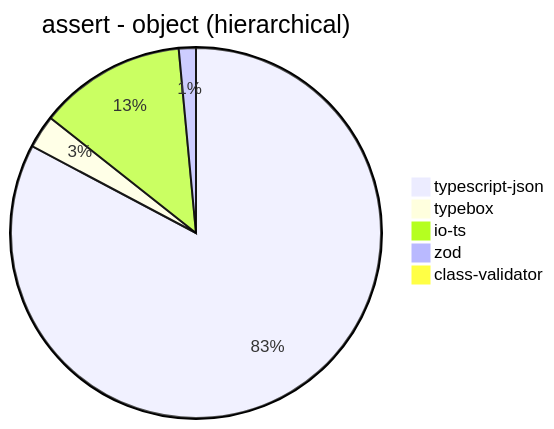
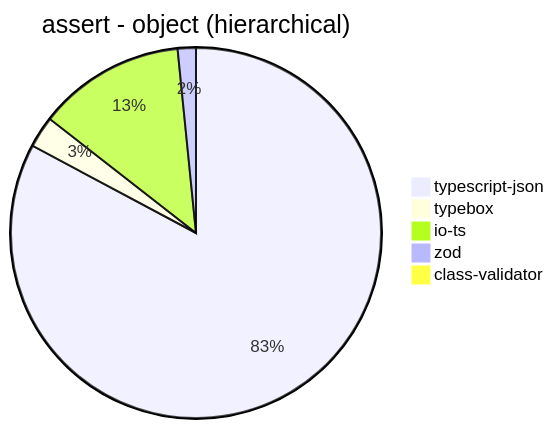
The ninth of 38 diagrams in benchmark/results/11th Gen Intel(R) Core(TM) i5-1135G7 @ 2.40GHz.md (samchon/typia), drawn with Mermaid before and after one commit. The commit also changed other lines of this file and 364 other files, not shown here.

````diff
--- a/benchmark/results/11th Gen Intel(R) Core(TM) i5-1135G7 @ 2.40GHz.md
+++ b/benchmark/results/11th Gen Intel(R) Core(TM) i5-1135G7 @ 2.40GHz.md
@@ -126,8 +126,8 @@
 ```mermaid
 pie title assert - object (hierarchical)
-  "typescript-json": 21352.768070627182
-  "typebox": 747.4555804726583
-  "io-ts": 3317.1732239418234
-  "zod": 384.64398587097975
-  "class-validator": 62.14894002536691
+  "typescript-json": 21114.869888475838
+  "typebox": 700.6952067325283
+  "io-ts": 3280.1065719360568
+  "zod": 405.2287581699346
+  "class-validator": 59.6854896354539
 ```
````
